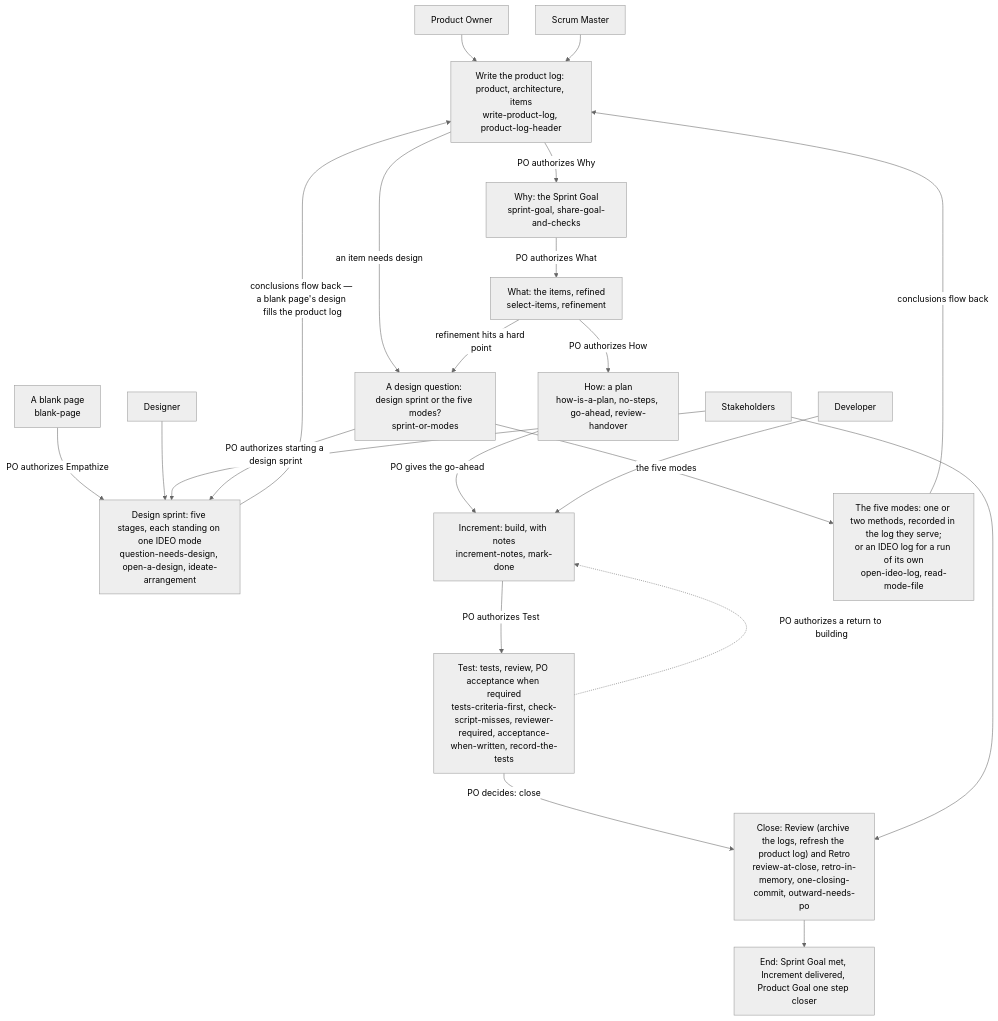
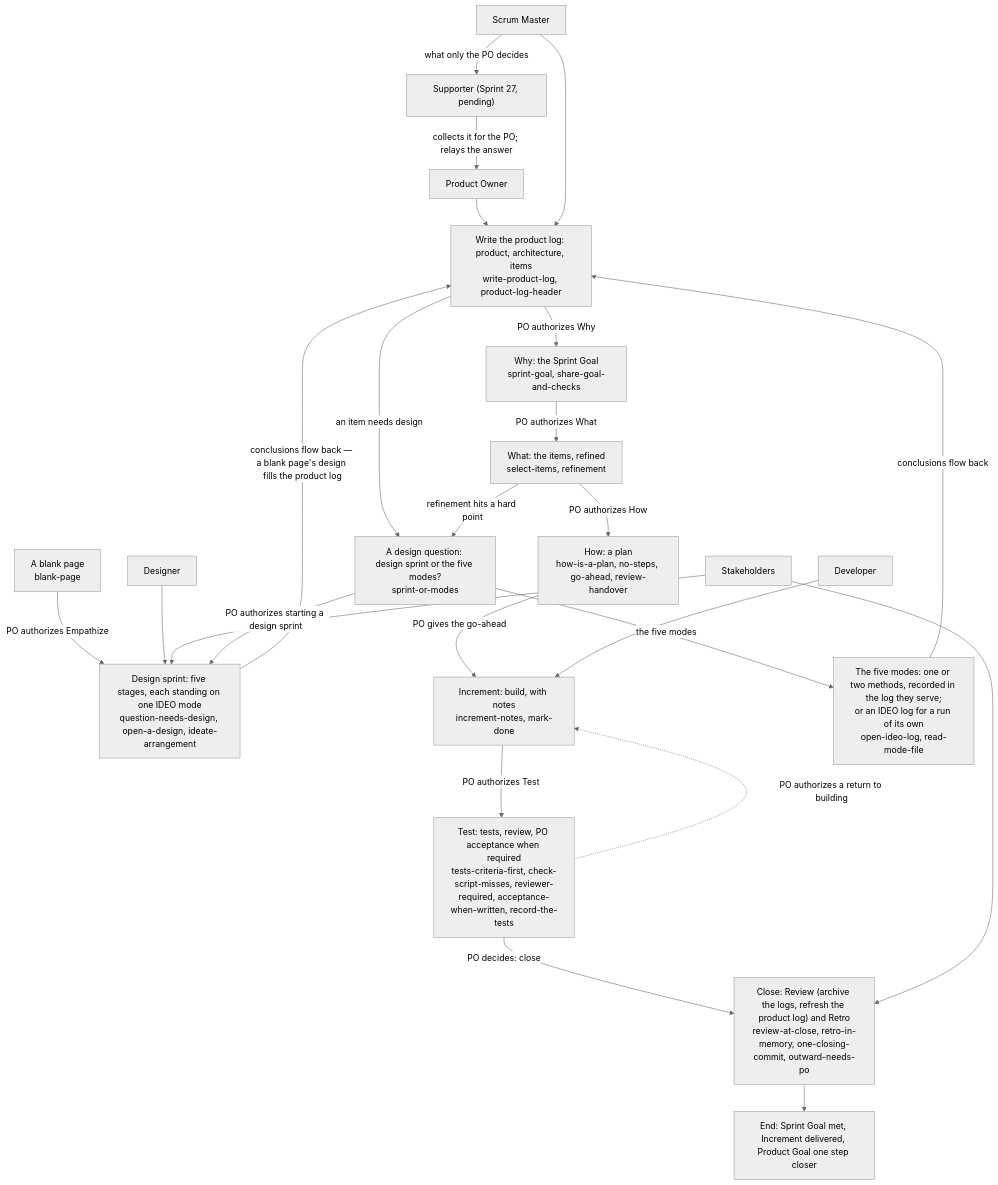
Before and after one commit to seapawn1/IDEO-Scrum: the first of 6 diagrams in scrum/sprint-26-plugin-memory/memory-draft/long/flow-maps.md, drawn with Mermaid (neutral theme). The commit also changed other lines of this file and 4 other files, not shown here.

Commit message:
Sprint 26：Master 审定大纲（P5–P7 记进 2.2，行 3、行 5 标 ✓）；flow-maps 的整体流程图与看板图加 Supporter 节点（待 27）；大纲示范标旧规矩出处；载体测试加软门（空闲内存 <3 GB 时一次只跑一个会话）；第 4 章记正式测开跑

````diff
--- a/scrum/sprint-26-plugin-memory/memory-draft/long/flow-maps.md
+++ b/scrum/sprint-26-plugin-memory/memory-draft/long/flow-maps.md
@@ -7,29 +7,32 @@
 ```mermaid
 flowchart TD
     PO["Product Owner"]
     SM["Scrum Master"]
     DEV["Developer"]
     DES["Designer"]
     SH["Stakeholders"]
+    SU["Supporter (Sprint 27, pending)"]
     PO --> A["Write the product log: product, architecture, items<br/>write-product-log, product-log-header"]
     SM --> A
     A -- "an item needs design" --> X0["A design question: design sprint or the five modes?<br/>sprint-or-modes"]
     BP["A blank page<br/>blank-page"] -- "PO authorizes Empathize" --> X
     A -- "PO authorizes Why" --> S1["Why: the Sprint Goal<br/>sprint-goal, share-goal-and-checks"]
     S1 -- "PO authorizes What" --> S2["What: the items, refined<br/>select-items, refinement"]
     S2 -- "refinement hits a hard point" --> X0
     S2 -- "PO authorizes How" --> S3["How: a plan<br/>how-is-a-plan, no-steps, go-ahead, review-handover"]
     S3 -- "PO gives the go-ahead" --> S4["Increment: build, with notes<br/>increment-notes, mark-done"]
     DEV --> S4
     S4 -- "PO authorizes Test" --> S5["Test: tests, review, PO acceptance when required<br/>tests-criteria-first, check-script-misses, reviewer-required, acceptance-when-written, record-the-tests"]
     S5 -. "PO authorizes a return to building" .-> S4
     S5 -- "PO decides: close" --> V["Close: Review (archive the logs, refresh the product log) and Retro<br/>review-at-close, retro-in-memory, one-closing-commit, outward-needs-po"]
     DES --> X
     SH --> X
     SH --> V
+    SM -- "what only the PO decides" --> SU
+    SU -- "collects it for the PO; relays the answer" --> PO
     X0 -- "PO authorizes starting a design sprint" --> X["Design sprint: five stages, each standing on one IDEO mode<br/>question-needs-design, open-a-design, ideate-arrangement"]
     X0 -- "the five modes" --> X2["The five modes: one or two methods, recorded in the log they serve;<br/>or an IDEO log for a run of its own<br/>open-ideo-log, read-mode-file"]
     X -- "conclusions flow back — a blank page's design fills the product log" --> A
     X2 -- "conclusions flow back" --> A
     V --> E["End: Sprint Goal met, Increment delivered, Product Goal one step closer"]
 ```
````
